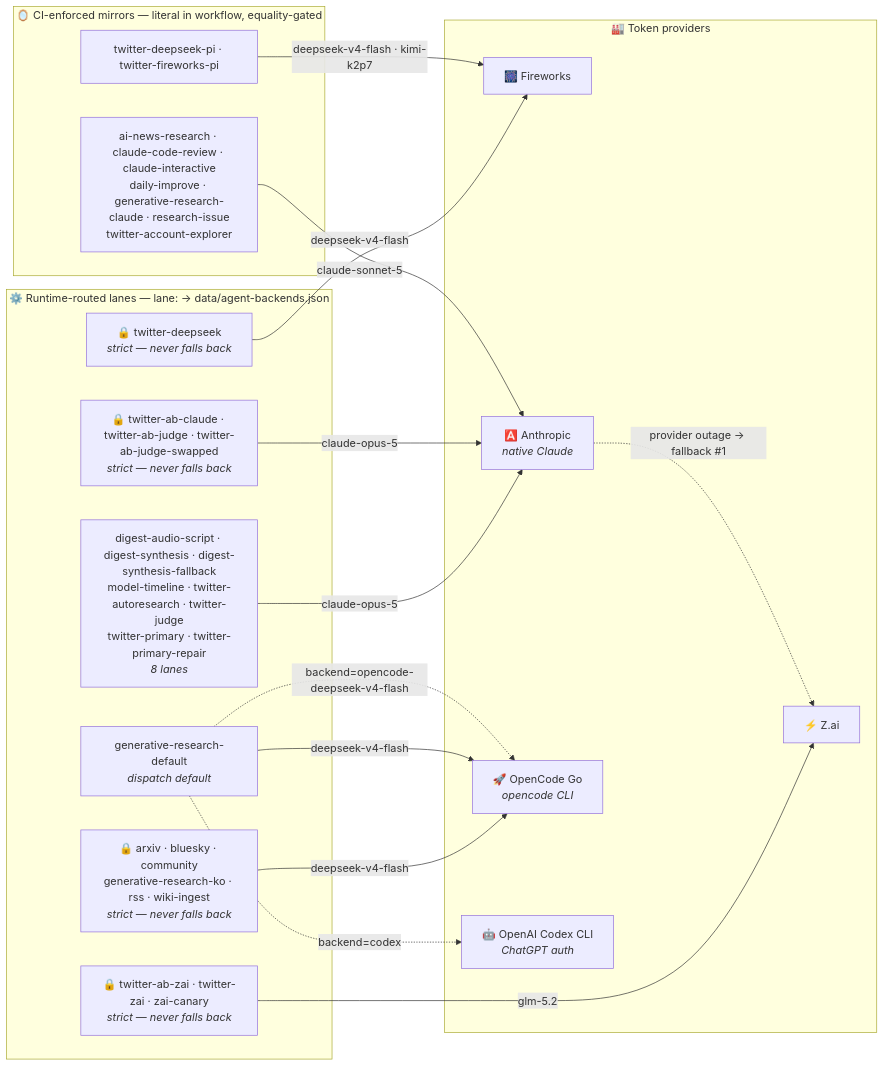
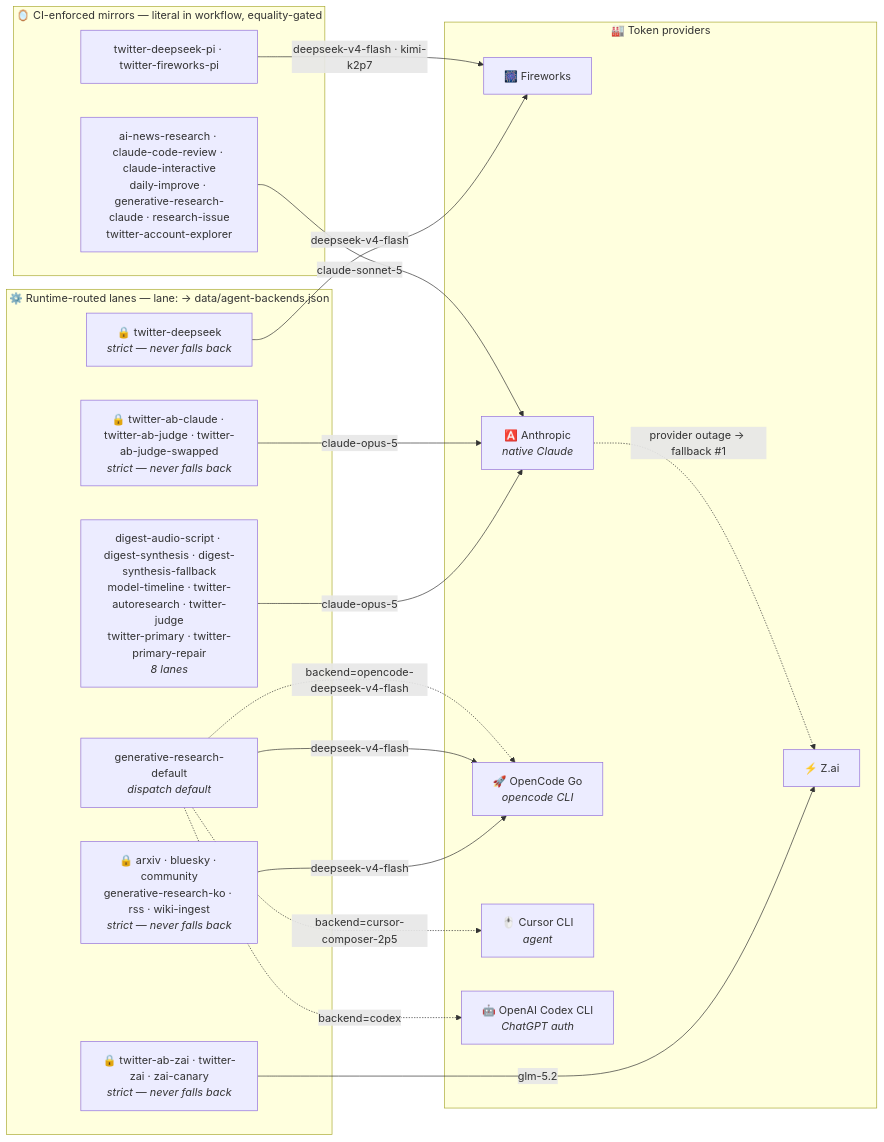
The second of 3 diagrams in README.md (guzus/ai-research-arm), drawn with Mermaid before and after one commit. The commit also changed other lines of this file and 27 other files, not shown here.

First line of the commit message:
Add Cursor CLI as a selectable isolated editorial backend. (#2391)

````diff
--- a/README.md
+++ b/README.md
@@ -148,33 +148,35 @@
 ```mermaid
 flowchart LR
     subgraph runtime["⚙️ Runtime-routed lanes — lane: → data/agent-backends.json"]
         lanes0["digest-audio-script · digest-synthesis · digest-synthesis-fallback<br/>model-timeline · twitter-autoresearch · twitter-judge<br/>twitter-primary · twitter-primary-repair<br/><i>8 lanes</i>"]
         strict0["🔒 twitter-ab-claude · twitter-ab-judge · twitter-ab-judge-swapped<br/><i>strict — never falls back</i>"]
         strict1["🔒 twitter-deepseek<br/><i>strict — never falls back</i>"]
         strict2["🔒 arxiv · bluesky · community<br/>generative-research-ko · rss · wiki-ingest<br/><i>strict — never falls back</i>"]
         strict3["🔒 twitter-ab-zai · twitter-zai · zai-canary<br/><i>strict — never falls back</i>"]
         gendef["generative-research-default<br/><i>dispatch default</i>"]
     end
     subgraph mirrors["🪞 CI-enforced mirrors — literal in workflow, equality-gated"]
         pi["twitter-deepseek-pi · twitter-fireworks-pi"]
         native["ai-news-research · claude-code-review · claude-interactive<br/>daily-improve · generative-research-claude · research-issue<br/>twitter-account-explorer"]
     end
     subgraph providers["🏭 Token providers"]
         FW["🎆 Fireworks"]
         ZAI["⚡ Z.ai"]
         ANT["🅰️ Anthropic<br/><i>native Claude</i>"]
         OC["🚀 OpenCode Go<br/><i>opencode CLI</i>"]
+        CUR["🖱️ Cursor CLI<br/><i>agent</i>"]
         OAI["🤖 OpenAI Codex CLI<br/><i>ChatGPT auth</i>"]
     end
     lanes0 -->|"claude-opus-5"| ANT
     strict0 -->|"claude-opus-5"| ANT
     strict1 -->|"deepseek-v4-flash"| FW
     strict2 -->|"deepseek-v4-flash"| OC
     strict3 -->|"glm-5.2"| ZAI
     gendef -->|"deepseek-v4-flash"| OC
     pi -->|"deepseek-v4-flash · kimi-k2p7"| FW
     native -->|"claude-sonnet-5"| ANT
     gendef -.->|"backend=codex"| OAI
     gendef -.->|"backend=opencode-deepseek-v4-flash"| OC
+    gendef -.->|"backend=cursor-composer-2p5"| CUR
     ANT -. "provider outage → fallback #1" .-> ZAI
 ```
````
